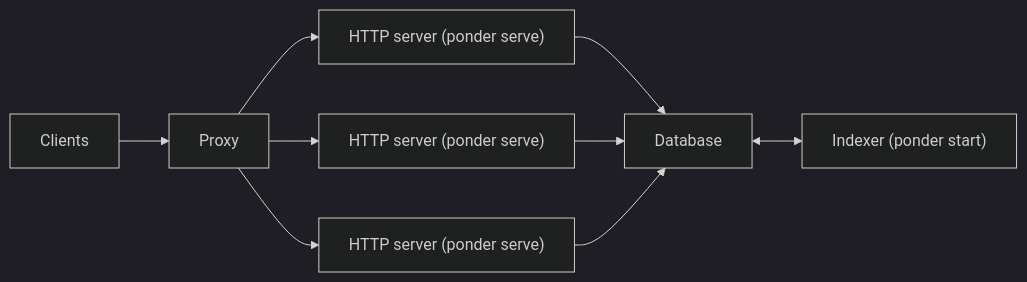
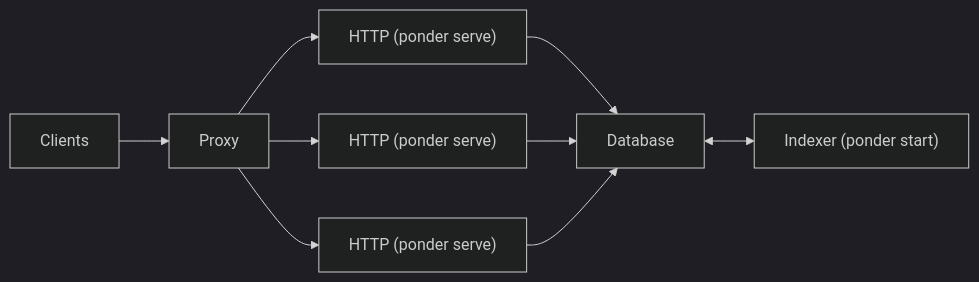
The diagram in docs/pages/docs/production/horizontal-scaling.mdx (ponder-sh/ponder), drawn with Mermaid (dark theme) before and after one commit. The commit also changed other lines of this file and 5 other files, not shown here.

````diff
--- a/docs/pages/docs/production/horizontal-scaling.mdx
+++ b/docs/pages/docs/production/horizontal-scaling.mdx
@@ -17,18 +17,18 @@
 ```mermaid
 graph LR
   A[Clients]
   B[Proxy]
-  C["HTTP server (ponder serve)"]
-  D["HTTP server (ponder serve)"]
-  E["HTTP server (ponder serve)"]
+  C["HTTP (ponder serve)"]
+  D["HTTP (ponder serve)"]
+  E["HTTP (ponder serve)"]
   F["Database"]
   G["Indexer (ponder start)"]
   A --> B
   B --> C
   B --> D
   B --> E
   C --> F
   D --> F
   E --> F
   F <--> G
 ```
````
